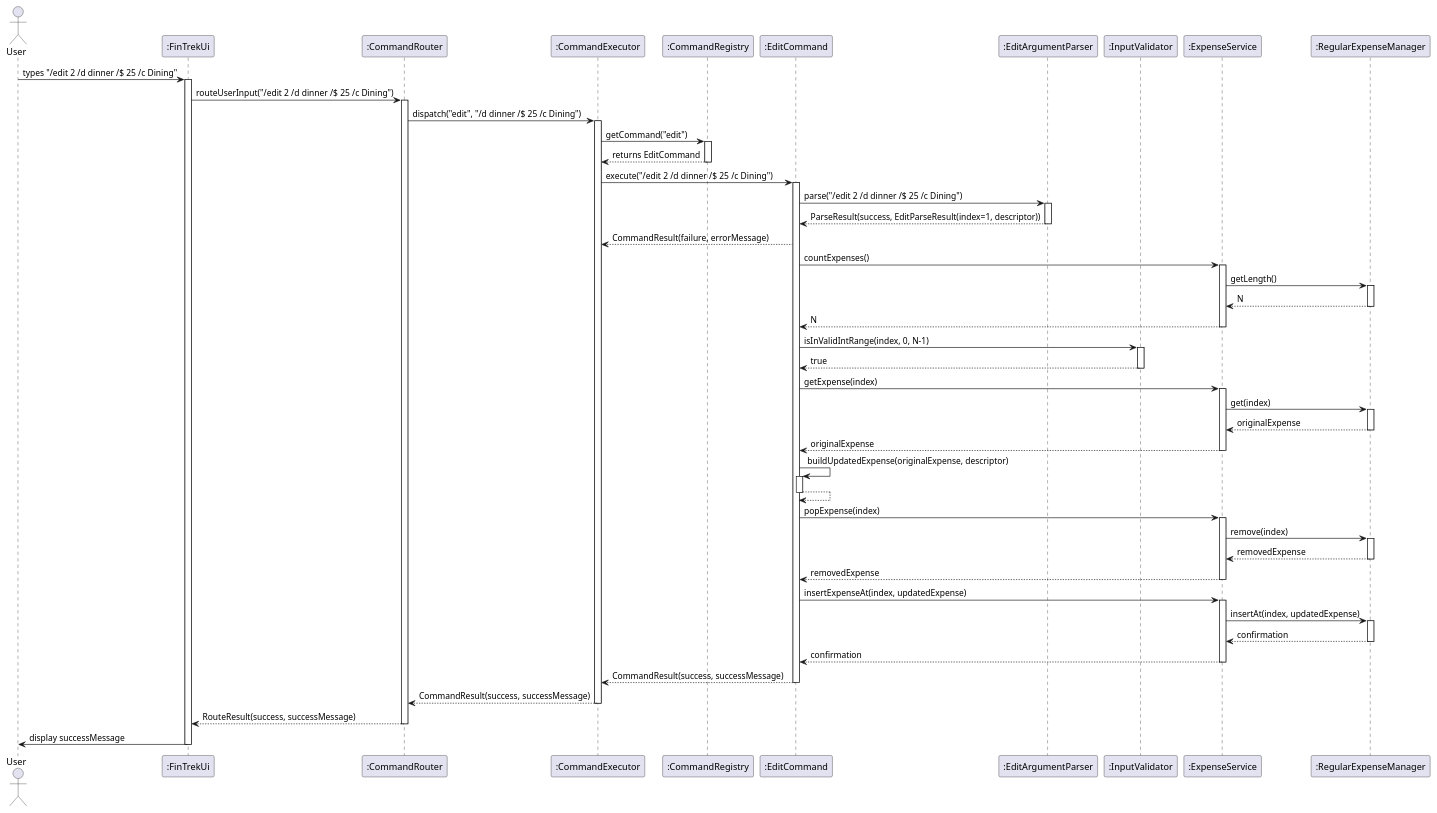
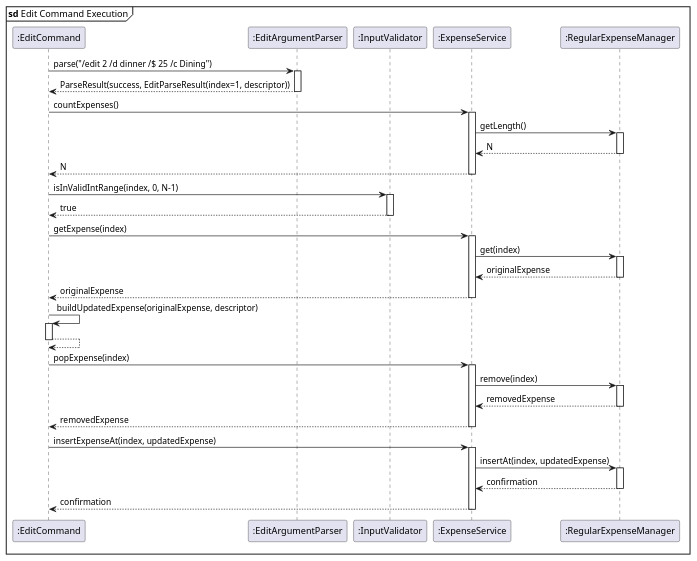
The diagram in docs/diagrams/sequence/edit.puml (randust/tp), drawn with PlantUML before and after one commit. The commit also changed 5 other files, not shown here.

Commit message:
Added budget & sort UML diagrams

```diff
--- a/docs/diagrams/sequence/edit.puml
+++ b/docs/diagrams/sequence/edit.puml
@@ -1,110 +1,78 @@
 @startuml editCommand.puml
-actor User
-participant ":FinTrekUi" as FinTrek
-participant ":CommandRouter" as Router
-participant ":CommandExecutor" as Executor
-participant ":CommandRegistry" as Registry
+
+mainframe **sd** Edit Command Execution
+
 participant ":EditCommand" as EditCmd
 participant ":EditArgumentParser" as Parser
 participant ":InputValidator" as Validator
 participant ":ExpenseService" as ExpenseSvc
 participant ":RegularExpenseManager" as RegExpMgr
-
-User -> FinTrek : types "/edit 2 /d dinner /$ 25 /c Dining"
-activate FinTrek
-
-FinTrek -> Router : routeUserInput("/edit 2 /d dinner /$ 25 /c Dining")
-activate Router
-
-Router -> Executor : dispatch("edit", "/d dinner /$ 25 /c Dining")
-activate Executor
-
-Executor -> Registry : getCommand("edit")
-activate Registry
-
-Registry --> Executor : returns EditCommand
-deactivate Registry
-
-Executor -> EditCmd : execute("/edit 2 /d dinner /$ 25 /c Dining")
-activate EditCmd
 
 EditCmd -> Parser : parse("/edit 2 /d dinner /$ 25 /c Dining")
 activate Parser
 
 Parser --> EditCmd : ParseResult(success, EditParseResult(index=1, descriptor))
 deactivate Parser
 
-EditCmd --> Executor : CommandResult(failure, errorMessage)
 EditCmd -> ExpenseSvc : countExpenses()
 activate ExpenseSvc
 
 ExpenseSvc -> RegExpMgr : getLength()
 activate RegExpMgr
 
 RegExpMgr --> ExpenseSvc : N
 deactivate RegExpMgr
 
 ExpenseSvc --> EditCmd : N
 deactivate ExpenseSvc
 
 EditCmd -> Validator : isInValidIntRange(index, 0, N-1)
 activate Validator
 
 Validator --> EditCmd : true
 deactivate Validator
 
 EditCmd -> ExpenseSvc : getExpense(index)
 activate ExpenseSvc
 
 ExpenseSvc -> RegExpMgr : get(index)
 activate RegExpMgr
 
 RegExpMgr --> ExpenseSvc : originalExpense
 deactivate RegExpMgr
 
 ExpenseSvc --> EditCmd : originalExpense
 deactivate ExpenseSvc
 
 EditCmd -> EditCmd : buildUpdatedExpense(originalExpense, descriptor)
 activate EditCmd
 
 EditCmd --> EditCmd
 deactivate EditCmd
 
 EditCmd -> ExpenseSvc : popExpense(index)
 activate ExpenseSvc
 
 ExpenseSvc -> RegExpMgr : remove(index)
 activate RegExpMgr
 
 RegExpMgr --> ExpenseSvc : removedExpense
 deactivate RegExpMgr
 
 ExpenseSvc --> EditCmd : removedExpense
 deactivate ExpenseSvc
 
 EditCmd -> ExpenseSvc : insertExpenseAt(index, updatedExpense)
 activate ExpenseSvc
 
 ExpenseSvc -> RegExpMgr : insertAt(index, updatedExpense)
 activate RegExpMgr
 
 RegExpMgr --> ExpenseSvc : confirmation
 deactivate RegExpMgr
 
 ExpenseSvc --> EditCmd : confirmation
 deactivate ExpenseSvc
 
-EditCmd --> Executor : CommandResult(success, successMessage)
 
-deactivate EditCmd
-
-Executor --> Router : CommandResult(success, successMessage)
-deactivate Executor
-
-Router --> FinTrek : RouteResult(success, successMessage)
-deactivate Router
-
-FinTrek -> User : display successMessage
-deactivate FinTrek
 @enduml
```
